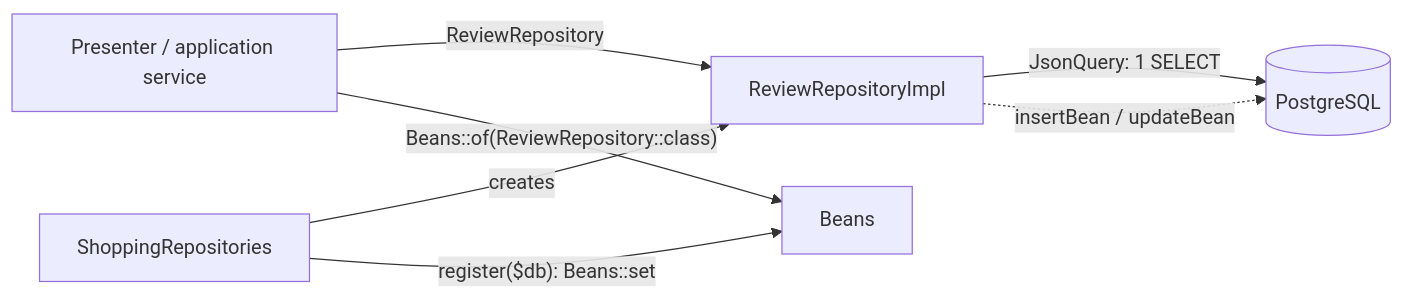
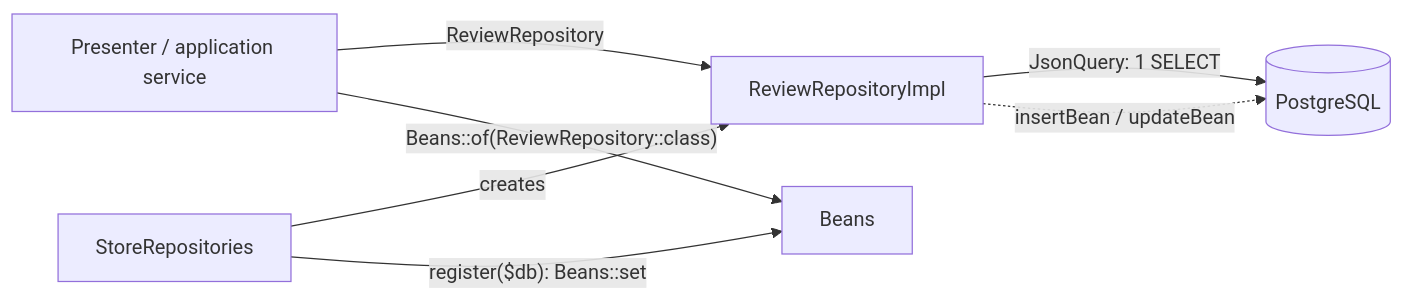
One commit to mrcdom/wdc-cube-php changed the diagram in docs/dev/repository.md. Above: the diagram before and after it, drawn with Mermaid. The commit also changed other lines of this file and 346 other files, not shown here.

First line of the commit message:
🚚 [RENAME] rename the demo application from Shopping to Store

````diff
--- a/docs/dev/repository.md
+++ b/docs/dev/repository.md
@@ -43,9 +43,9 @@
 ```mermaid
 flowchart LR
     P[Presenter / application service] -->|ReviewRepository| I[ReviewRepositoryImpl]
     I -->|JsonQuery: 1 SELECT| DB[(PostgreSQL)]
     I -.->|insertBean / updateBean| DB
-    R[ShoppingRepositories] -->|creates| I
+    R[StoreRepositories] -->|creates| I
     R -->|"register($db): Beans::set"| B[Beans]
     P -->|"Beans::of(ReviewRepository::class)"| B
 ```
````
